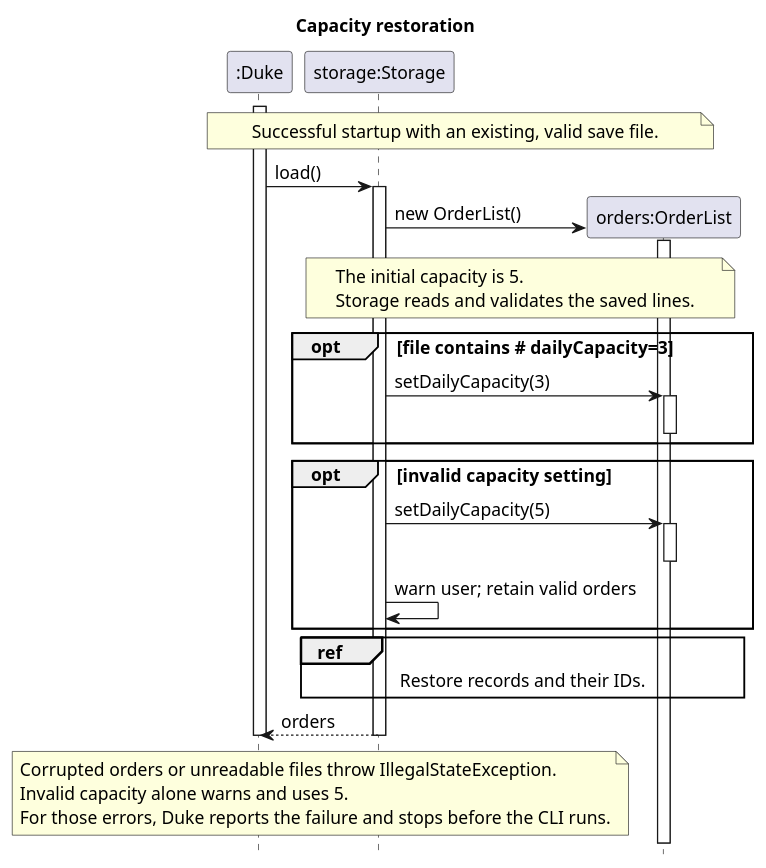
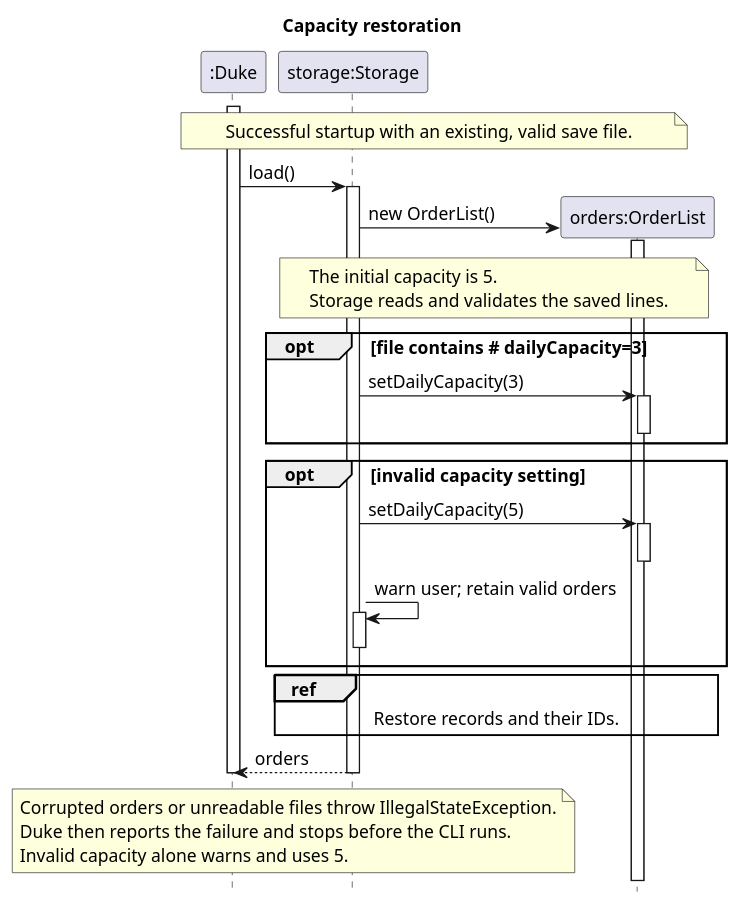
One commit to AY2627S1-CS2113-W12-1/tp changed the diagram in docs/diagrams/CapacityRestoreSequence.puml. Above: the diagram before and after it, drawn with PlantUML. The commit also changed 4 other files, not shown here.

```diff
--- a/docs/diagrams/CapacityRestoreSequence.puml
+++ b/docs/diagrams/CapacityRestoreSequence.puml
@@ -1,48 +1,50 @@
 @startuml
 ' Diagram author: Eethanzyj.
 ' Depicted storage persistence implementation: WillChin484848 (PR #42).
 ' Original capacity feature: Kaishhhh.
 title Capacity restoration
 skinparam shadowing false
 skinparam defaultFontSize 14
 hide footbox
 
 participant ":Duke" as Duke
 participant "storage:Storage" as Storage
 participant "orders:OrderList" as Orders
 
 note over Duke, Orders
   Successful startup with an existing, valid save file.
 end note
 activate Duke
 Duke -> Storage : load()
 activate Storage
 create Orders
 Storage -> Orders : new OrderList()
 activate Orders
 deactivate Orders
 note over Storage, Orders
   The initial capacity is 5.
   Storage reads and validates the saved lines.
 end note
 opt file contains # dailyCapacity=3
   Storage -> Orders : setDailyCapacity(3)
   activate Orders
   deactivate Orders
 end
 opt invalid capacity setting
   Storage -> Orders : setDailyCapacity(5)
   activate Orders
   deactivate Orders
   Storage -> Storage : warn user; retain valid orders
+  activate Storage
+  deactivate Storage
 end
 ref over Storage, Orders : Restore records and their IDs.
 Storage --> Duke : orders
 deactivate Storage
 note over Duke, Storage
   Corrupted orders or unreadable files throw IllegalStateException.
+  Duke then reports the failure and stops before the CLI runs.
   Invalid capacity alone warns and uses 5.
-  For those errors, Duke reports the failure and stops before the CLI runs.
 end note
 deactivate Duke
 @enduml
```
